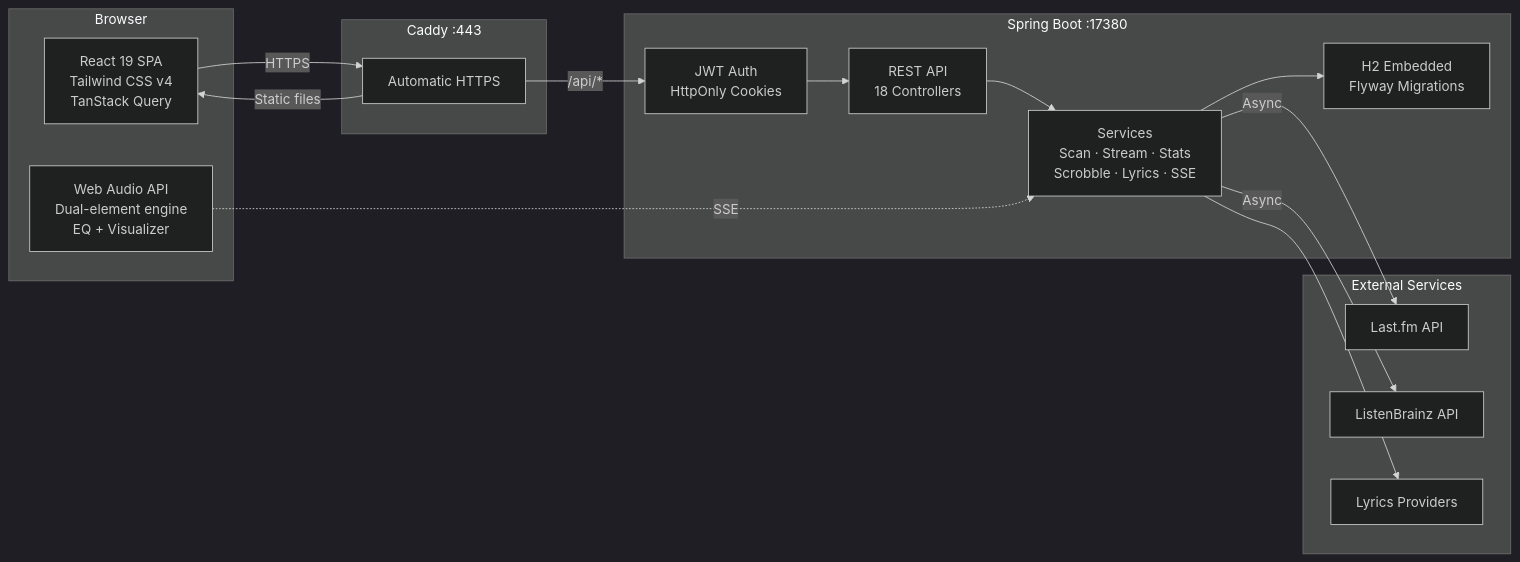
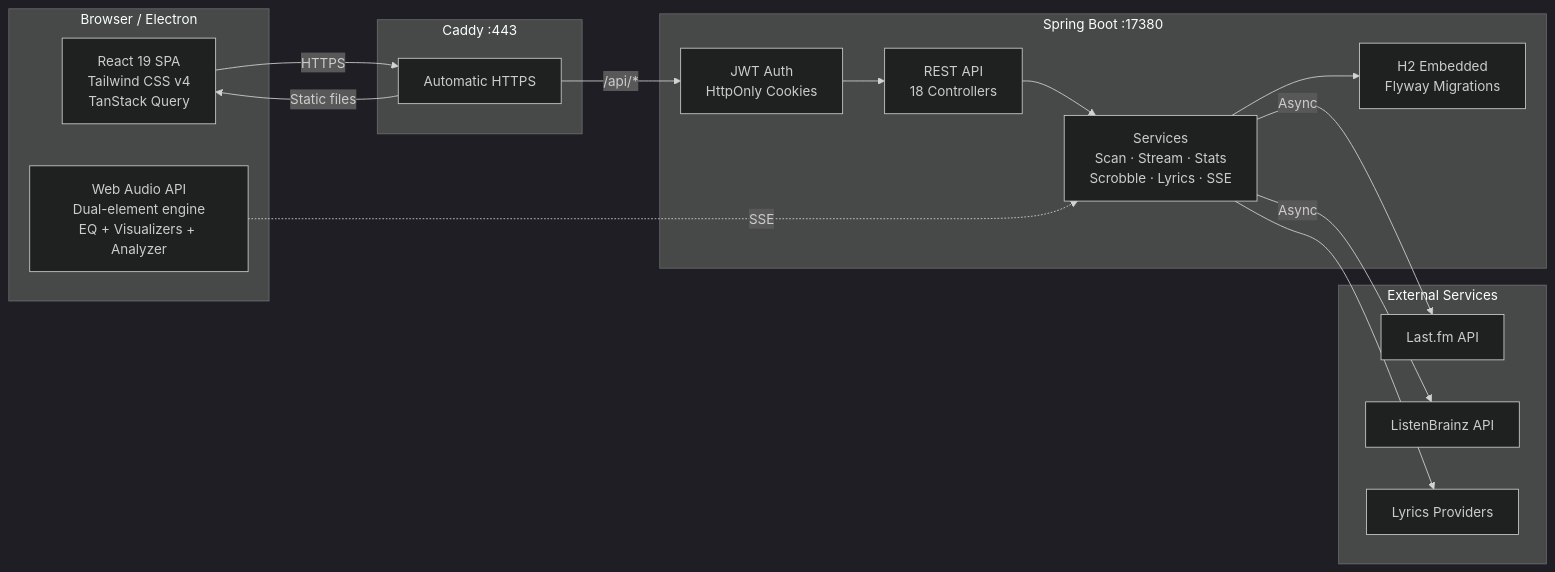
One commit to Cortadai/musicode changed the first of 6 diagrams in README.md. Above: the diagram before and after it, drawn with Mermaid (dark theme). The commit also changed other lines of this file and 1 other file, not shown here.

````diff
--- a/README.md
+++ b/README.md
@@ -54,34 +58,34 @@
 ```mermaid
 graph LR
-    subgraph Client ["Browser"]
+    subgraph Client ["Browser / Electron"]
         React["React 19 SPA<br/>Tailwind CSS v4<br/>TanStack Query"]
-        WebAudio["Web Audio API<br/>Dual-element engine<br/>EQ + Visualizer"]
+        WebAudio["Web Audio API<br/>Dual-element engine<br/>EQ + Visualizers + Analyzer"]
     end
 
     subgraph Proxy ["Caddy :443"]
         TLS["Automatic HTTPS"]
     end
 
     subgraph Server ["Spring Boot :17380"]
         Security["JWT Auth<br/>HttpOnly Cookies"]
         API["REST API<br/>18 Controllers"]
         Services["Services<br/>Scan · Stream · Stats<br/>Scrobble · Lyrics · SSE"]
         DB["H2 Embedded<br/>Flyway Migrations"]
     end
 
     subgraph External ["External Services"]
         LastFM["Last.fm API"]
         LB["ListenBrainz API"]
         Lyrics["Lyrics Providers"]
     end
 
     React -->|HTTPS| TLS
     TLS -->|/api/*| Security
     TLS -->|Static files| React
     Security --> API --> Services
     Services --> DB
     Services -->|Async| LastFM
     Services -->|Async| LB
     Services --> Lyrics
     WebAudio -.->|SSE| Services
 ```
````
